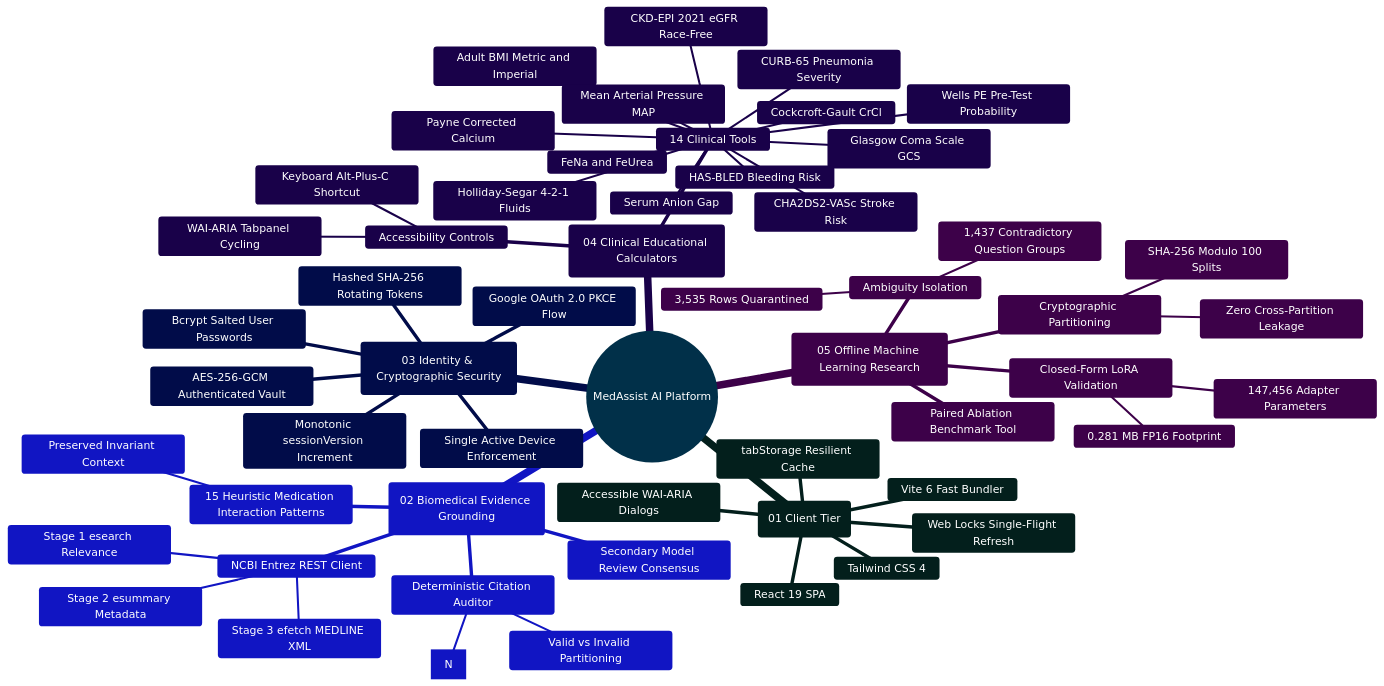
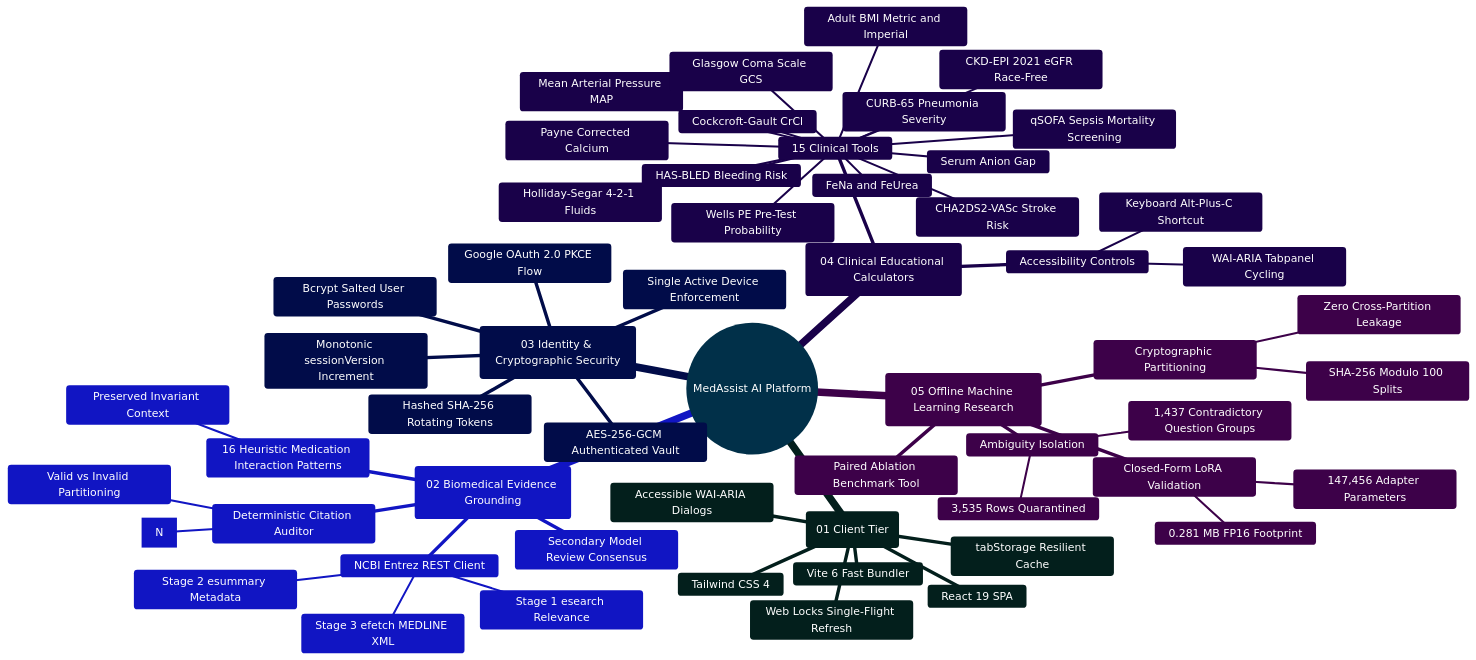
Before and after one commit to Ganesh172919/React-App-LLM: the first of 2 diagrams in README.md, drawn with Mermaid. The commit also changed other lines of this file and 46 other files, not shown here.

Commit message:
feat(clinical): add HAS-BLED, qSOFA, Warfarin-Bactrim, and Plavix-Omeprazole screening

````diff
--- a/README.md
+++ b/README.md
@@ -94,60 +94,61 @@
 ```mermaid
 %%{init: {'theme': 'base', 'themeVariables': { 'primaryColor': '#0284c7', 'primaryTextColor': '#ffffff', 'primaryBorderColor': '#0369a1', 'lineColor': '#0284c7', 'secondaryColor': '#0d9488', 'tertiaryColor': '#6366f1' }}}%%
 mindmap
   root((MedAssist AI Platform))
     ::icon(fa fa-heartbeat)
     (01 Client Tier)
       React 19 SPA
       Vite 6 Fast Bundler
       Tailwind CSS 4
       Web Locks Single-Flight Refresh
       tabStorage Resilient Cache
       Accessible WAI-ARIA Dialogs
     (02 Biomedical Evidence Grounding)
       NCBI Entrez REST Client
         Stage 1 esearch Relevance
         Stage 2 esummary Metadata
         Stage 3 efetch MEDLINE XML
       Deterministic Citation Auditor
         Bracket Regex Extraction [N]
         Valid vs Invalid Partitioning
-      15 Heuristic Medication Interaction Patterns
+      16 Heuristic Medication Interaction Patterns
         Preserved Invariant Context
       Secondary Model Review Consensus
     (03 Identity & Cryptographic Security)
       Bcrypt Salted User Passwords
       Monotonic sessionVersion Increment
       Single Active Device Enforcement
       Hashed SHA-256 Rotating Tokens
       AES-256-GCM Authenticated Vault
       Google OAuth 2.0 PKCE Flow
     (04 Clinical Educational Calculators)
-      14 Clinical Tools
+      15 Clinical Tools
         Adult BMI Metric and Imperial
         CKD-EPI 2021 eGFR Race-Free
         CHA2DS2-VASc Stroke Risk
         Mean Arterial Pressure MAP
         Cockcroft-Gault CrCl
         Payne Corrected Calcium
         Serum Anion Gap
         FeNa and FeUrea
         Holliday-Segar 4-2-1 Fluids
         Wells PE Pre-Test Probability
         CURB-65 Pneumonia Severity
         Glasgow Coma Scale GCS
         HAS-BLED Bleeding Risk
+        qSOFA Sepsis Mortality Screening
       Accessibility Controls
         WAI-ARIA Tabpanel Cycling
         Keyboard Alt-Plus-C Shortcut
     (05 Offline Machine Learning Research)
       Ambiguity Isolation
         1,437 Contradictory Question Groups
         3,535 Rows Quarantined
       Cryptographic Partitioning
         SHA-256 Modulo 100 Splits
         Zero Cross-Partition Leakage
       Closed-Form LoRA Validation
         147,456 Adapter Parameters
         0.281 MB FP16 Footprint
       Paired Ablation Benchmark Tool
 ```
````
